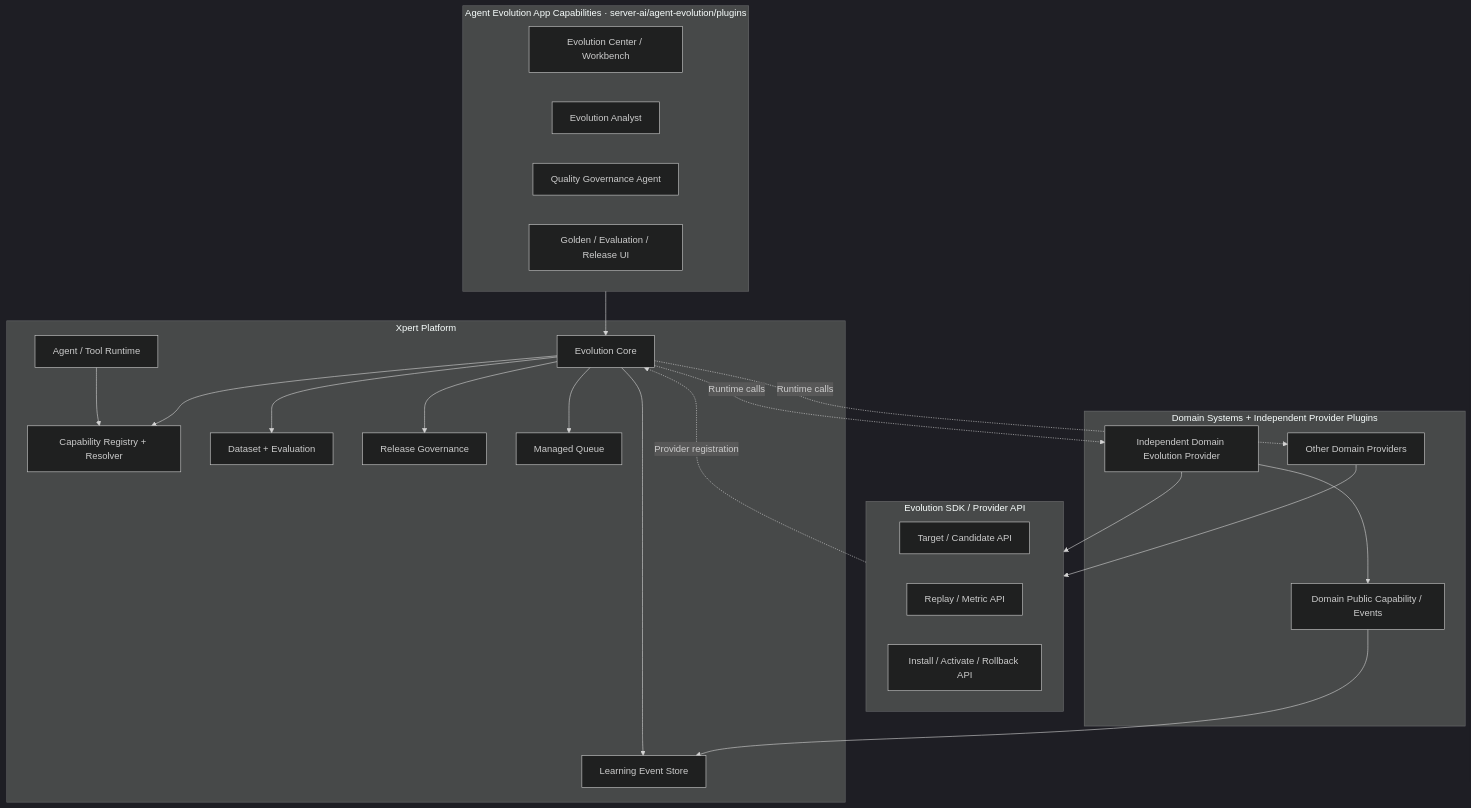
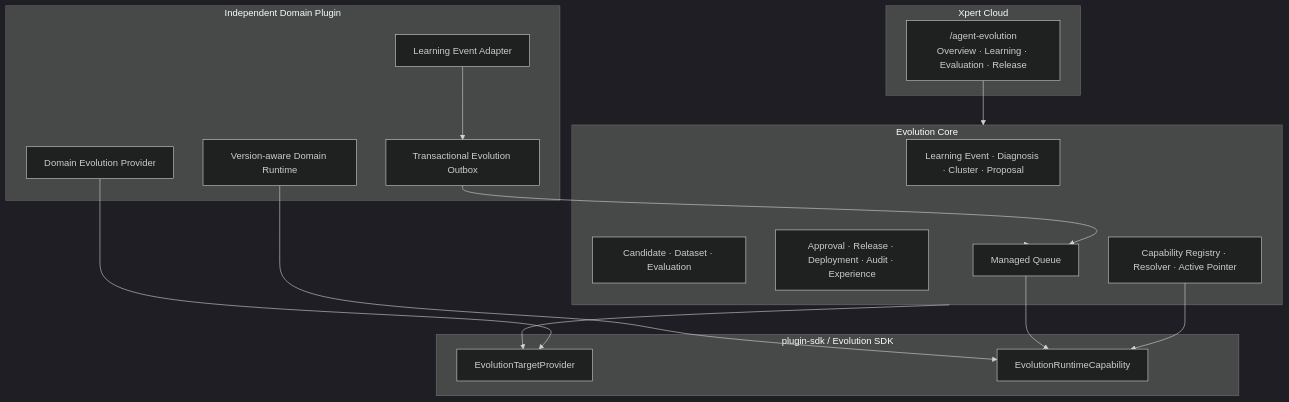
The first of 2 diagrams in docs/zh-hans/plans/agent-evolution-framework.mdx (xpert-ai/xpert), drawn with Mermaid (dark theme) before and after one commit. The commit also changed other lines of this file and 83 other files, not shown here.

Commit message:
feat: agent evolution

````diff
--- a/docs/zh-hans/plans/agent-evolution-framework.mdx
+++ b/docs/zh-hans/plans/agent-evolution-framework.mdx
@@ -175,46 +69,34 @@
 ```mermaid
 flowchart TB
-    subgraph PLATFORM["Xpert Platform"]
-        RUNTIME["Agent / Tool Runtime"]
-        CORE["Evolution Core"]
-        REGISTRY["Capability Registry + Resolver"]
-        EVENT["Learning Event Store"]
-        EVAL["Dataset + Evaluation"]
-        RELEASE["Release Governance"]
-        QUEUE["Managed Queue"]
-    end
+  subgraph CLOUD["Xpert Cloud"]
+    UI["/agent-evolution\nOverview · Learning · Evaluation · Release"]
+  end
 
-    subgraph SDK["Evolution SDK / Provider API"]
-        TARGET_API["Target / Candidate API"]
-        REPLAY_API["Replay / Metric API"]
-        RELEASE_API["Install / Activate / Rollback API"]
-    end
+  subgraph CORE["Evolution Core"]
+    EVENT["Learning Event · Diagnosis · Cluster · Proposal"]
+    CAND["Candidate · Dataset · Evaluation"]
+    GOV["Approval · Release · Deployment · Audit · Experience"]
+    RES["Capability Registry · Resolver · Active Pointer"]
+    MQ["Managed Queue"]
+  end
 
-    subgraph PRODUCT["Agent Evolution App Capabilities · server-ai/agent-evolution/plugins"]
-        CENTER["Evolution Center / Workbench"]
-        ANALYST["Evolution Analyst"]
-        GOVERNANCE["Quality Governance Agent"]
-        DASHBOARD["Golden / Evaluation / Release UI"]
-    end
+  subgraph SDK["plugin-sdk / Evolution SDK"]
+    PROVIDER["EvolutionTargetProvider"]
+    RUNTIME["EvolutionRuntimeCapability"]
+  end
 
-    subgraph DOMAINS["Domain Systems + Independent Provider Plugins"]
-        DOMAIN["Domain Public Capability / Events"]
-        PROVIDER["Independent Domain Evolution Provider"]
-        OTHER["Other Domain Providers"]
-    end
+  subgraph DOMAIN["Independent Domain Plugin"]
+    OUTBOX["Transactional Evolution Outbox"]
+    ADAPTER["Learning Event Adapter"]
+    IMPL["Domain Evolution Provider"]
+    EXEC["Version-aware Domain Runtime"]
+  end
 
-    RUNTIME --> REGISTRY
-    CORE --> REGISTRY
-    CORE --> EVENT
-    CORE --> EVAL
-    CORE --> RELEASE
-    CORE --> QUEUE
-    PRODUCT --> CORE
-    DOMAIN --> EVENT
-    PROVIDER --> SDK
-    OTHER --> SDK
-    PROVIDER --> DOMAIN
-    SDK -. "Provider registration" .-> CORE
-    CORE -. "Runtime calls" .-> PROVIDER
-    CORE -. "Runtime calls" .-> OTHER
+  UI --> CORE
+  CORE --> MQ
+  CORE --> PROVIDER
+  RES --> RUNTIME
+  IMPL --> PROVIDER
+  ADAPTER --> OUTBOX --> MQ --> RUNTIME
+  EXEC --> RUNTIME
 ```
````
